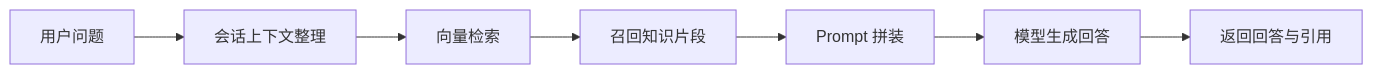
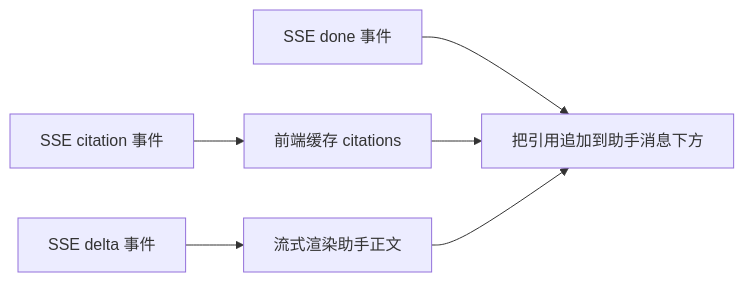
The third of 6 diagrams in docs-site/docs/zh/rag-architecture.md (billzi2016/chinapost-internship), drawn with Mermaid before and after one commit. The commit also changed other lines of this file and 10 other files, not shown here.

````diff
--- a/docs-site/docs/zh/rag-architecture.md
+++ b/docs-site/docs/zh/rag-architecture.md
@@ -40,9 +116,8 @@
 ```mermaid
 flowchart LR
-    A[用户问题] --> B[会话上下文整理]
-    B --> C[向量检索]
-    C --> D[召回知识片段]
-    D --> E[Prompt 拼装]
-    E --> F[模型生成回答]
-    F --> G[返回回答与引用]
+    A[SSE citation 事件] --> B[前端缓存 citations]
+    C[SSE delta 事件] --> D[流式渲染助手正文]
+    E[SSE done 事件] --> F[把引用追加到助手消息下方]
+    B --> F
+    D --> F
 ```
````
